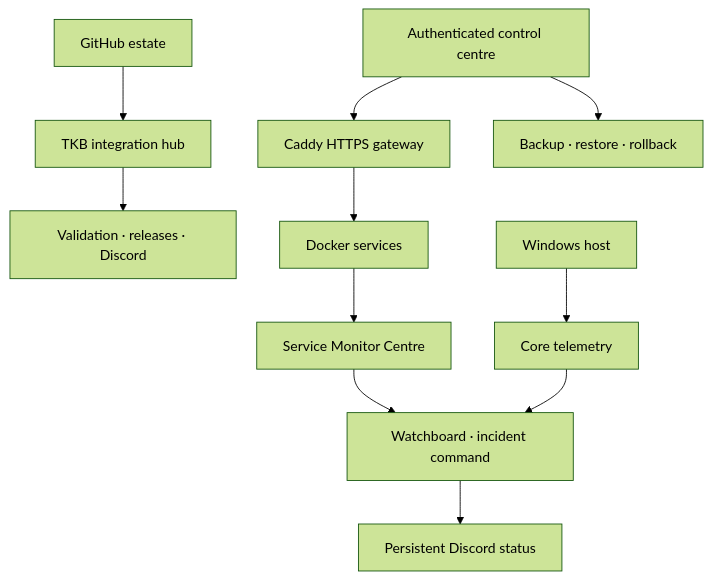
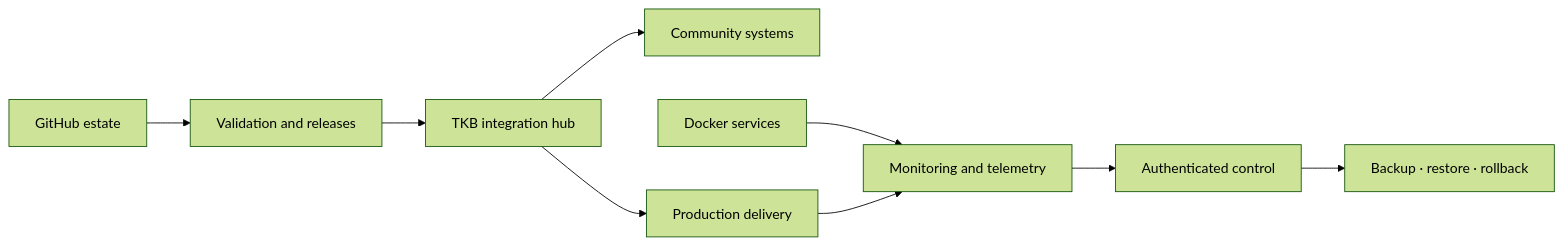
Before and after one commit to Conroy1988/Conroy1988: the diagram in README.md, drawn with Mermaid (forest theme). The commit also changed other lines of this file and 10 other files, not shown here.

````diff
--- a/README.md
+++ b/README.md
@@ -191,13 +262,11 @@
 ```mermaid
-flowchart TD
-    GitHub["GitHub estate"] --> Hub["TKB integration hub"]
-    Hub --> Delivery["Validation · releases · Discord"]
-    Services["Docker services"] --> Monitor["Service Monitor Centre"]
-    Host["Windows host"] --> Telemetry["Core telemetry"]
-    Monitor --> Command["Watchboard · incident command"]
-    Telemetry --> Command
-    Command --> Discord["Persistent Discord status"]
-    Gateway["Caddy HTTPS gateway"] --> Services
-    Control["Authenticated control centre"] --> Gateway
-    Control --> Recovery["Backup · restore · rollback"]
+flowchart LR
+    Code[GitHub estate] --> Gate[Validation and releases]
+    Gate --> Hub[TKB integration hub]
+    Hub --> Community[Community systems]
+    Hub --> Deploy[Production delivery]
+    Services[Docker services] --> Observe[Monitoring and telemetry]
+    Deploy --> Observe
+    Observe --> Control[Authenticated control]
+    Control --> Recover[Backup · restore · rollback]
 ```
````
